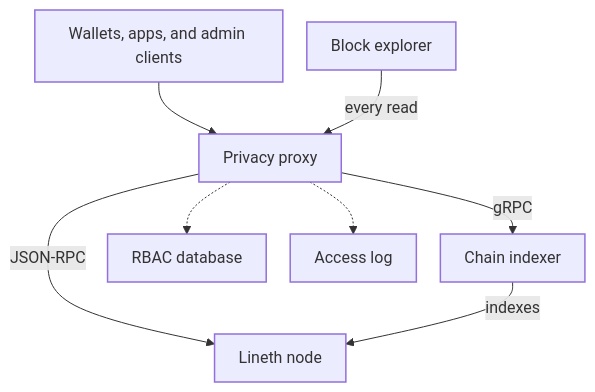
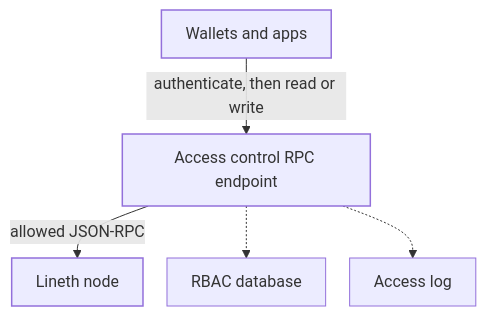
One commit to Consensys/doc.linea changed the diagram in docs/stack/deployment/access-control.mdx. Above: the diagram before and after it, drawn with Mermaid. The commit also changed other lines of this file and 4 other files, not shown here.

````diff
--- a/docs/stack/deployment/access-control.mdx
+++ b/docs/stack/deployment/access-control.mdx
@@ -46,36 +47,30 @@
 ```mermaid
 %%{init: {
   "themeVariables": {
     "fontFamily": "AtypText, sans-serif"
   },
   "flowchart": {
     "useMaxWidth": true,
     "curve": "basis",
     "nodeSpacing": 24,
     "rankSpacing": 28,
     "padding": 12,
     "wrappingWidth": 200
   }
 }}%%
 flowchart TB
   classDef core stroke-width:1.5px;
   classDef access stroke-width:1.5px;
-  classDef control stroke-width:1.5px,stroke-dasharray:6 4;
   classDef neutral stroke-width:1.5px;
 
-  CL["Wallets, apps, and admin clients"]:::neutral
-  EX["Block explorer"]:::access
-  PX["Privacy proxy"]:::access
+  CL["Wallets and apps"]:::neutral
+  EP["Access control RPC endpoint"]:::access
   ND["Lineth node"]:::core
-  IDX["Chain indexer"]:::access
-  DB["RBAC database"]:::neutral
-  LOG["Access log"]:::neutral
+  POL["RBAC database"]:::control
+  AUD["Access log"]:::control
 
-  CL --> PX
-  EX -->|"every read"| PX
-  PX -->|"JSON-RPC"| ND
-  PX -->|"gRPC"| IDX
-  IDX -->|"indexes"| ND
-  PX -.-> DB
-  PX -.-> LOG
+  CL -->|"authenticate, then read or write"| EP
+  EP -->|"allowed JSON-RPC"| ND
+  EP -.-> POL
+  EP -.-> AUD
 ```
````
